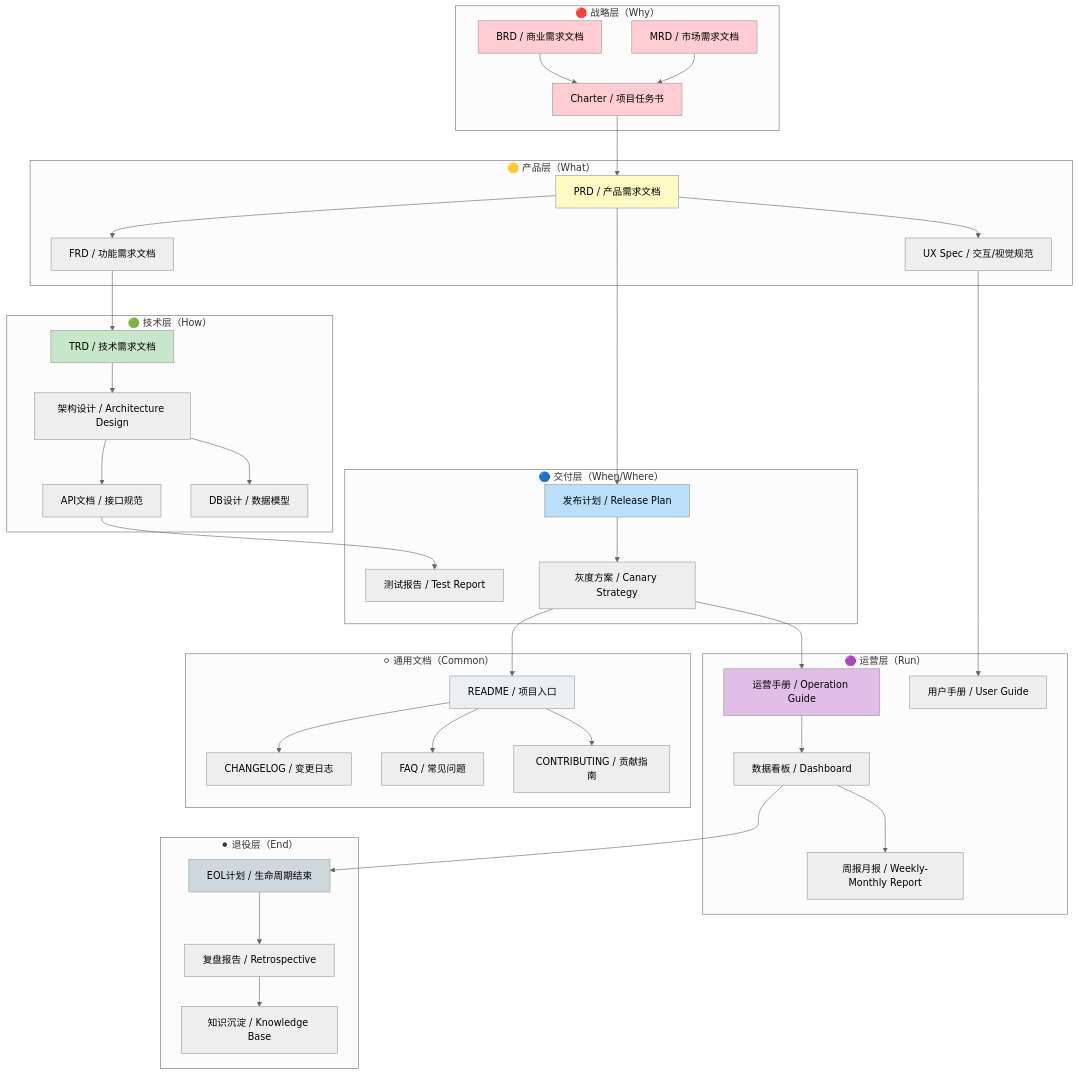
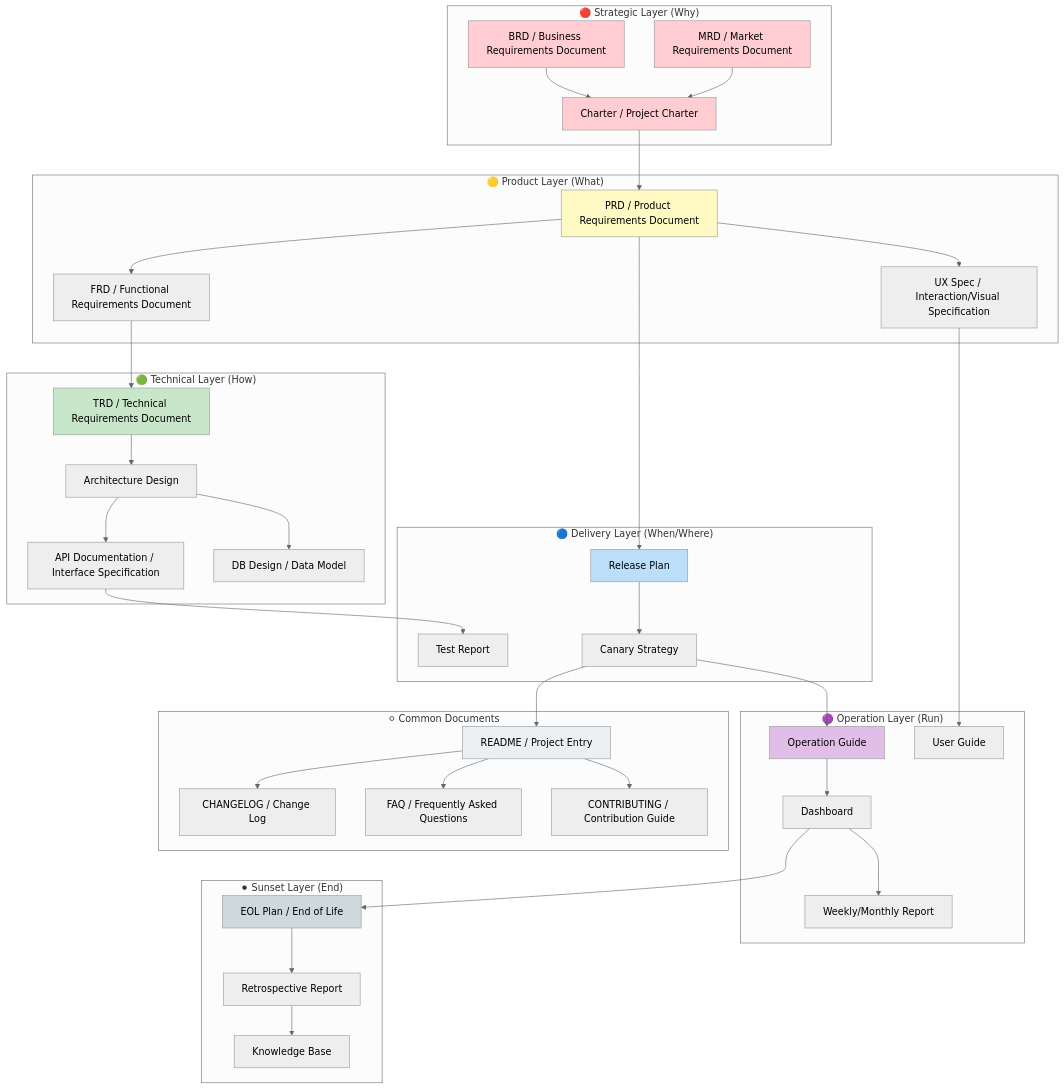
Before and after one commit to Kirky-X/cangjie: the first of 4 diagrams in templates/产品/README.md, drawn with Mermaid (neutral theme). The commit also changed other lines of this file and 60 other files, not shown here.

````diff
--- a/templates/产品/README.md
+++ b/templates/产品/README.md
@@ -3,81 +3,81 @@
 ```mermaid
 flowchart TB
-    subgraph 战略层["🔴 战略层（Why）"]
-        A1[BRD / 商业需求文档]
-        A2[MRD / 市场需求文档]
-        A3[Charter / 项目任务书]
+    subgraph StrategicLayer["🔴 Strategic Layer (Why)"]
+        A1[BRD / Business Requirements Document]
+        A2[MRD / Market Requirements Document]
+        A3[Charter / Project Charter]
     end
 
-    subgraph 产品层["🟡 产品层（What）"]
-        B1[PRD / 产品需求文档]
-        B2[FRD / 功能需求文档]
-        B3[UX Spec / 交互/视觉规范]
+    subgraph ProductLayer["🟡 Product Layer (What)"]
+        B1[PRD / Product Requirements Document]
+        B2[FRD / Functional Requirements Document]
+        B3[UX Spec / Interaction/Visual Specification]
     end
 
-    subgraph 技术层["🟢 技术层（How）"]
-        C1[TRD / 技术需求文档]
-        C2[架构设计 / Architecture Design]
-        C3[API文档 / 接口规范]
-        C4[DB设计 / 数据模型]
+    subgraph TechnicalLayer["🟢 Technical Layer (How)"]
+        C1[TRD / Technical Requirements Document]
+        C2[Architecture Design]
+        C3[API Documentation / Interface Specification]
+        C4[DB Design / Data Model]
     end
 
-    subgraph 交付层["🔵 交付层（When/Where）"]
-        D1[发布计划 / Release Plan]
-        D2[测试报告 / Test Report]
-        D3[灰度方案 / Canary Strategy]
+    subgraph DeliveryLayer["🔵 Delivery Layer (When/Where)"]
+        D1[Release Plan]
+        D2[Test Report]
+        D3[Canary Strategy]
     end
 
-    subgraph 运营层["🟣 运营层（Run）"]
-        E1[运营手册 / Operation Guide]
-        E2[数据看板 / Dashboard]
-        E3[用户手册 / User Guide]
-        E4[周报月报 / Weekly-Monthly Report]
+    subgraph OperationLayer["🟣 Operation Layer (Run)"]
+        E1[Operation Guide]
+        E2[Dashboard]
+        E3[User Guide]
+        E4[Weekly/Monthly Report]
     end
 
-    subgraph 退役层["⚫ 退役层（End）"]
-        F1[EOL计划 / 生命周期结束]
-        F2[复盘报告 / Retrospective]
-        F3[知识沉淀 / Knowledge Base]
+    subgraph SunsetLayer["⚫ Sunset Layer (End)"]
+        F1[EOL Plan / End of Life]
+        F2[Retrospective Report]
+        F3[Knowledge Base]
     end
 
-    subgraph 通用["⚪ 通用文档（Common）"]
-        G1[README / 项目入口]
-        G2[CHANGELOG / 变更日志]
-        G3[FAQ / 常见问题]
-        G4[CONTRIBUTING / 贡献指南]
+    subgraph Common["⚪ Common Documents"]
+        G1[README / Project Entry]
+        G2[CHANGELOG / Change Log]
+        G3[FAQ / Frequently Asked Questions]
+        G4[CONTRIBUTING / Contribution Guide]
     end
 
     A1 --> A3
     A2 --> A3
     A3 --> B1
     B1 --> B2
     B1 --> B3
     B2 --> C1
     C1 --> C2
     C2 --> C3
     C2 --> C4
     B1 --> D1
     C3 --> D2
     D1 --> D3
     D3 --> E1
     E1 --> E2
     B3 --> E3
     E2 --> E4
     E2 --> F1
     F1 --> F2
     F2 --> F3
     D3 --> G1
     G1 --> G2
     G1 --> G3
     G1 --> G4
 
     style A1 fill:#ffcdd2
     style A2 fill:#ffcdd2
     style A3 fill:#ffcdd2
     style B1 fill:#fff9c4
     style C1 fill:#c8e6c9
     style D1 fill:#bbdefb
     style E1 fill:#e1bee7
     style F1 fill:#cfd8dc
     style G1 fill:#eceff1
 ```
````
